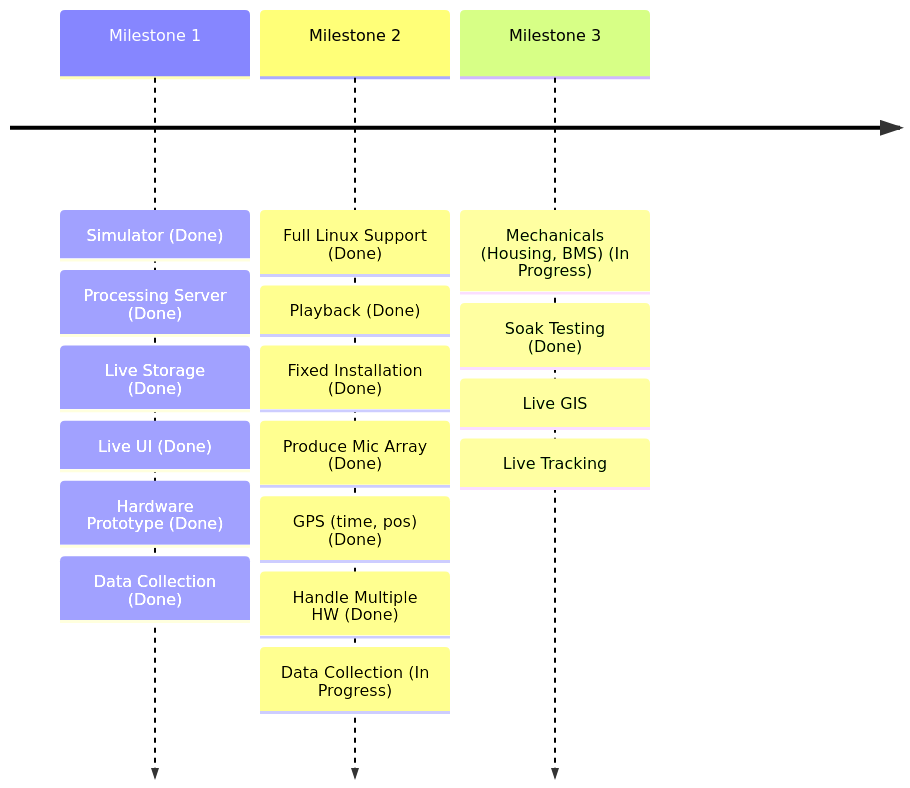
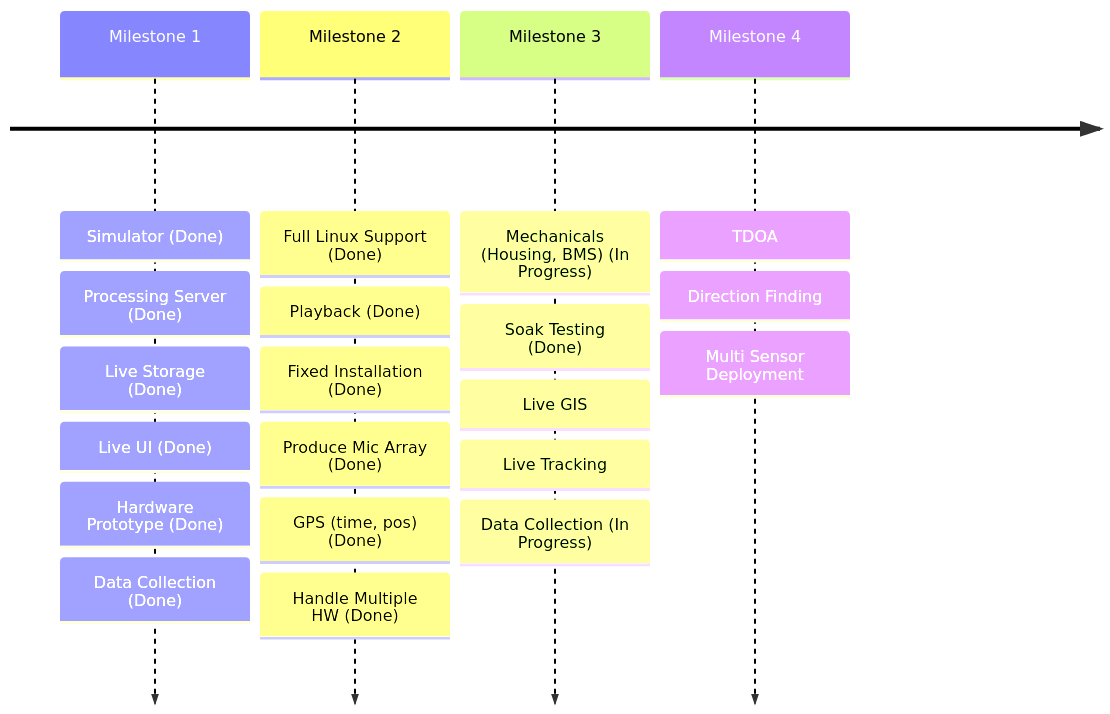
One commit to Sense-Scape/.github changed the second of 2 diagrams in profile/README.md. Above: the diagram before and after it, drawn with Mermaid.

````diff
--- a/profile/README.md
+++ b/profile/README.md
@@ -50,8 +50,9 @@
 ``` mermaid
 
 timeline
     Milestone 1 : Simulator (Done) : Processing Server (Done) : Live Storage (Done) : Live UI (Done) : Hardware Prototype (Done) : Data Collection (Done)
-    Milestone 2 : Full Linux Support (Done) : Playback (Done) : Fixed Installation (Done) : Produce Mic Array (Done)  : GPS (time, pos) (Done) : Handle Multiple HW (Done): Data Collection (In Progress)
-    Milestone 3 : Mechanicals (Housing, BMS) (In Progress) : Soak Testing (Done) : Live GIS : Live Tracking
+    Milestone 2 : Full Linux Support (Done) : Playback (Done) : Fixed Installation (Done) : Produce Mic Array (Done)  : GPS (time, pos) (Done) : Handle Multiple HW (Done)
+    Milestone 3 : Mechanicals (Housing, BMS) (In Progress) : Soak Testing (Done) : Live GIS : Live Tracking : Data Collection (In Progress)
+    Milestone 4 : TDOA : Direction Finding : Multi Sensor Deployment
 
 ```
````
